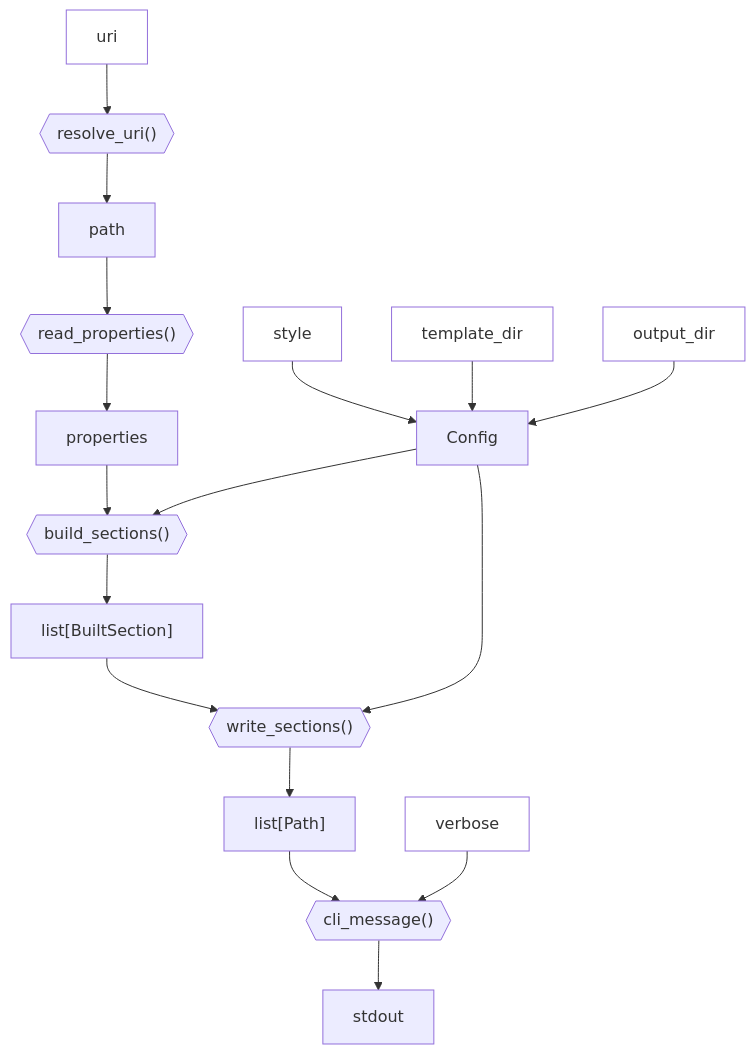
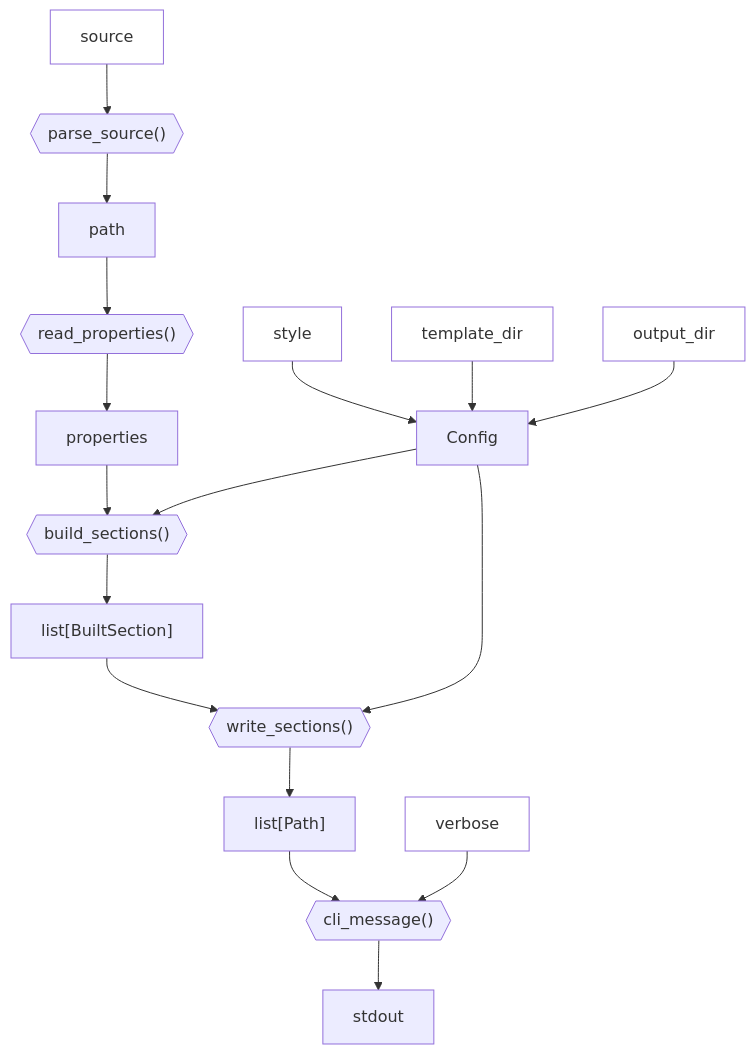
Before and after one commit to seedcase-project/seedcase-flower: the first of 2 diagrams in docs/design/interface/python.qmd, drawn with Mermaid. The commit also changed other lines of this file and 11 other files, not shown here.

First line of the commit message:
refactor: :recycle: switch from URI to source (#173)

````diff
--- a/docs/design/interface/python.qmd
+++ b/docs/design/interface/python.qmd
@@ -89,18 +89,18 @@
 ```{mermaid}
 %%| label: fig-python-build-flow
 %%| fig-cap: "Diagram of the internal flow of functions and objects in the `build()` CLI function."
 flowchart TD
-    uri:::input --> resolve_uri{{"resolve_uri()"}} --> path
+    source:::input --> parse_source{{"parse_source()"}} --> path
     style_cfg[style]:::input --> Config
     template_dir_cfg[template_dir]:::input --> Config
     path --> read_properties{{"read_properties()"}} --> properties
     properties & Config --> build_sections{{"build_sections()"}} --> output["list[BuiltSection]"]
     output --> write_sections{{"write_sections()"}}
     output_dir:::input --> Config
     Config --> write_sections
     write_sections --> files["list[Path]"]
     files --> cli_message{{"cli_message()"}} --> stdout
     verbose:::input --> cli_message
 
     classDef input fill:#FFF
 ```
````
